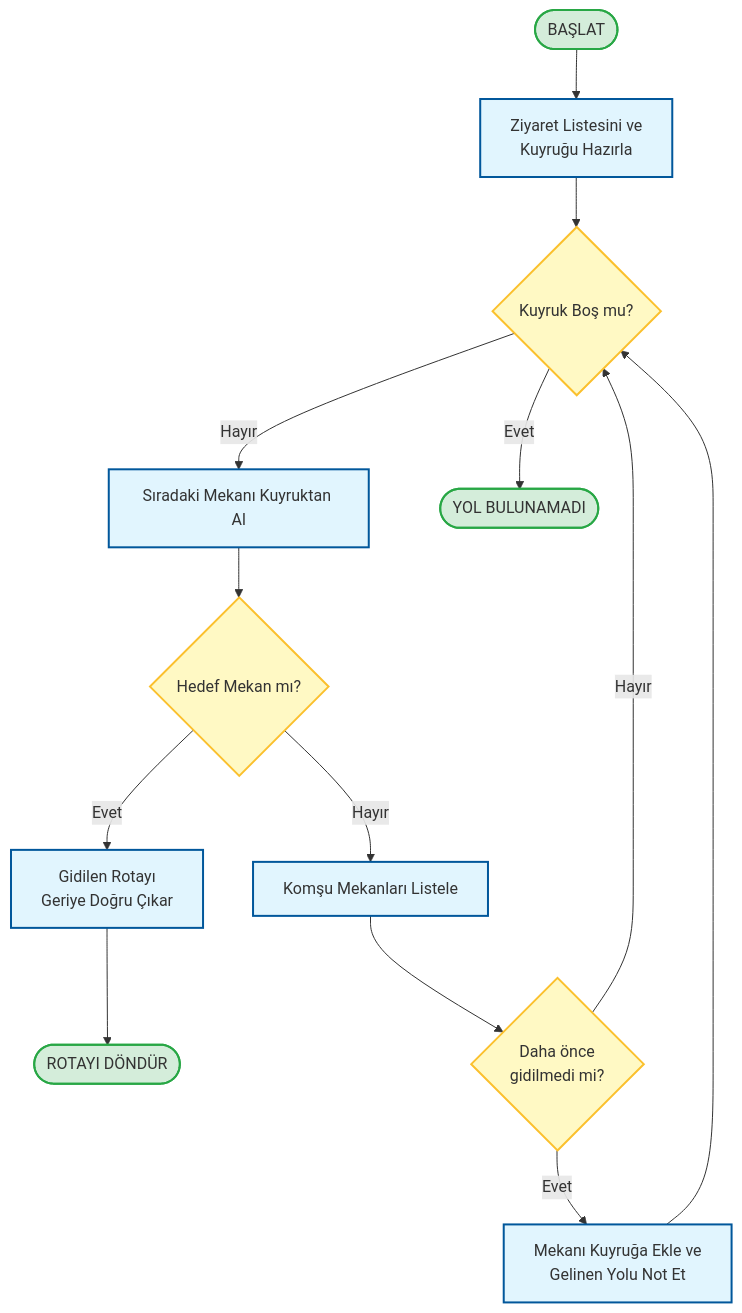
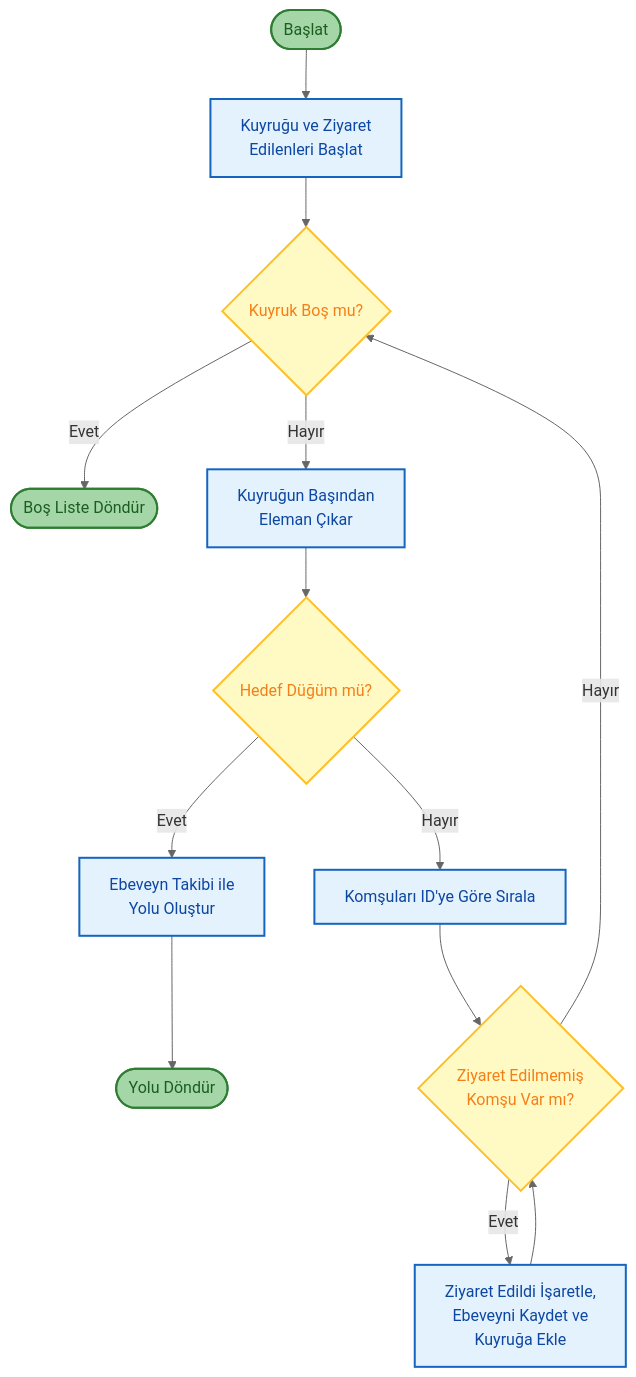
The first of 8 diagrams in README.md (mustkein/yazGelLabProjeII), drawn with Mermaid before and after one commit. The commit also changed other lines of this file, not shown here.

````diff
--- a/README.md
+++ b/README.md
@@ -77,27 +77,31 @@
 ```mermaid
 
 graph TD
+  
+    classDef startEnd fill:#a5d6a7,stroke:#2e7d32,stroke-width:2px,color:#1b5e20;
+    classDef process fill:#e3f2fd,stroke:#1565c0,stroke-width:2px,color:#0d47a1;
+    classDef decision fill:#fff9c4,stroke:#fbc02d,stroke-width:2px,color:#f57f17;
 
-    classDef baslangic fill:#d4edda,stroke:#28a745,stroke-width:2px;
-    classDef islem fill:#e1f5fe,stroke:#01579b,stroke-width:2px;
-    classDef karar fill:#fff9c4,stroke:#fbc02d,stroke-width:2px;
+    A([Başlat]):::startEnd --> B[Kuyruğu ve Ziyaret<br/>Edilenleri Başlat]:::process
+    B --> C{Kuyruk Boş mu?}:::decision
+    
+    C -- Evet --> D([Boş Liste Döndür]):::startEnd
+    
+    C -- Hayır --> E[Kuyruğun Başından<br/>Eleman Çıkar]:::process
+    E --> F{Hedef Düğüm mü?}:::decision
+    
+    F -- Evet --> G[Ebeveyn Takibi ile<br/>Yolu Oluştur]:::process
+    G --> H([Yolu Döndür]):::startEnd
+    
+    F -- Hayır --> I[Komşuları ID'ye Göre Sırala]:::process
+    I --> J{Ziyaret Edilmemiş<br/>Komşu Var mı?}:::decision
+    
+    J -- Evet --> K[Ziyaret Edildi İşaretle,<br/>Ebeveyni Kaydet ve<br/>Kuyruğa Ekle]:::process
+    K --> J
+    
+    J -- Hayır --> C
 
-    Start([BAŞLAT]):::baslangic --> Hazirlik[Ziyaret Listesini ve <br/>Kuyruğu Hazırla]:::islem
-    Hazirlik --> Dongu{Kuyruk Boş mu?}:::karar
-    
-    Dongu -- Hayır --> Secim[Sıradaki Mekanı Kuyruktan Al]:::islem
-    Secim --> HedefKontrol{Hedef Mekan mı?}:::karar
-    
-    HedefKontrol -- Evet --> YolOlustur[Gidilen Rotayı <br/>Geriye Doğru Çıkar]:::islem
-    YolOlustur --> Bitis([ROTAYI DÖNDÜR]):::baslangic
-    
-    HedefKontrol -- Hayır --> Komsular[Komşu Mekanları Listele]:::islem
-    Komsular --> Ziyaret{Daha önce <br/>gidilmedi mi?}:::karar
-    
-    Ziyaret -- Evet --> Kaydet[Mekanı Kuyruğa Ekle ve <br/>Gelinen Yolu Not Et]:::islem
-    Kaydet --> Dongu
-    
-    Ziyaret -- Hayır --> Dongu
-    Dongu -- Evet --> YolYok([YOL BULUNAMADI]):::baslangic
+ 
+    linkStyle default stroke:#666,stroke-width:1px;
 
 ```
````
